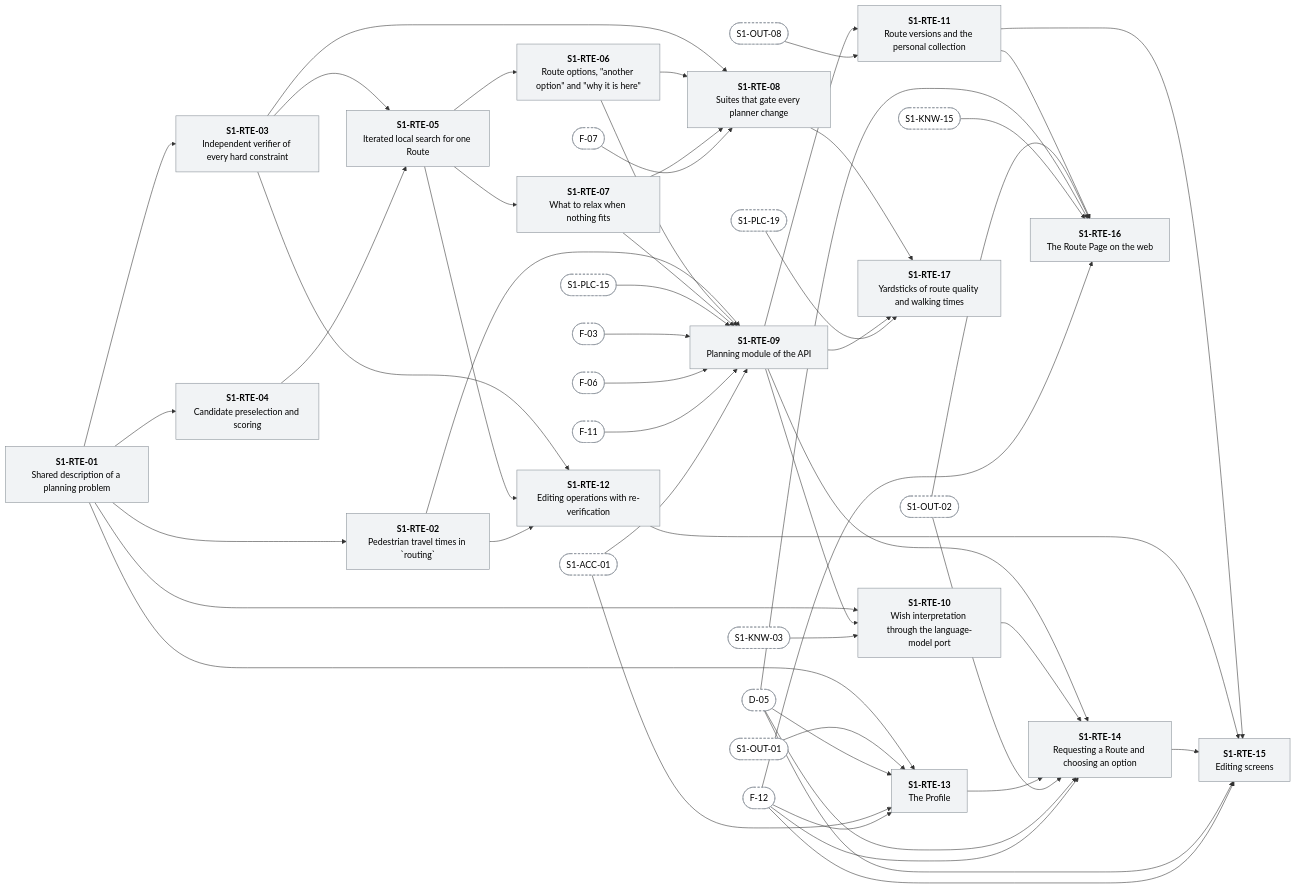
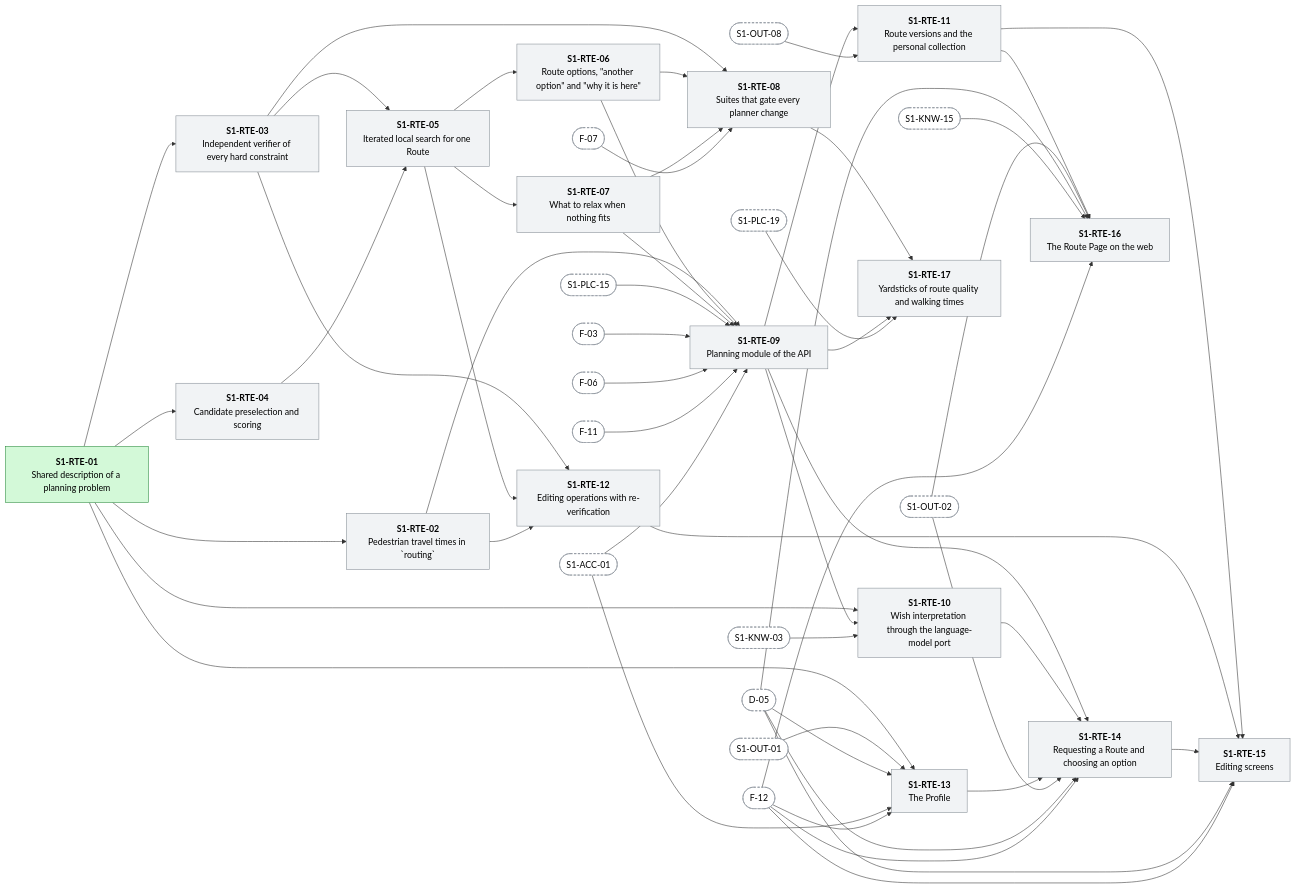
The eighth of 17 diagrams in docs/WORK-PLAN.md (menisika/Smart-Tour-Guide-and-Itinerary-Planner), drawn with Mermaid before and after one commit. The commit also changed other lines of this file and 28 other files, not shown here.

First line of the commit message:
feat(contracts): describe a planning problem and its answer (#11)

```diff
--- a/docs/WORK-PLAN.md
+++ b/docs/WORK-PLAN.md
@@ -2682,7 +2682,7 @@
   classDef blocked fill:#ffe3e3,stroke:#c92a2a,color:#000
   classDef todo fill:#f1f3f5,stroke:#868e96,color:#000
   classDef outside fill:#ffffff,stroke:#868e96,stroke-dasharray:4 3,color:#000
-  S1_RTE_01["<b>S1-RTE-01</b><br/>Shared description of a planning problem"]:::todo
+  S1_RTE_01["<b>S1-RTE-01</b><br/>Shared description of a planning problem"]:::done
   S1_RTE_02["<b>S1-RTE-02</b><br/>Pedestrian travel times in `routing`"]:::todo
   S1_RTE_03["<b>S1-RTE-03</b><br/>Independent verifier of every hard constraint"]:::todo
   S1_RTE_04["<b>S1-RTE-04</b><br/>Candidate preselection and scoring"]:::todo
```
